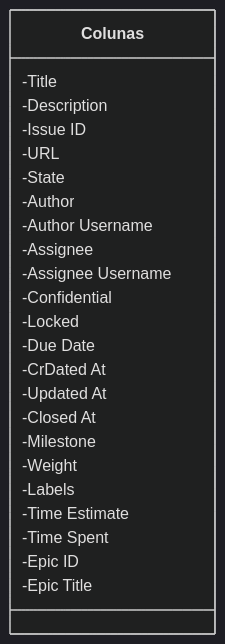
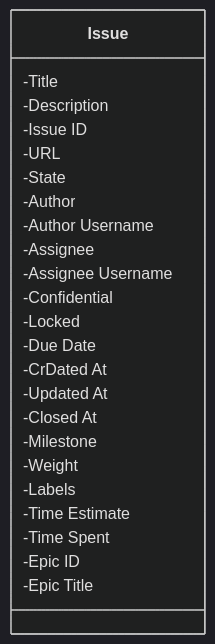
One commit to giseldo/neodataset changed the diagram in README.md. Above: the diagram before and after it, drawn with Mermaid (dark theme). The commit also changed other lines of this file, not shown here.

````diff
--- a/README.md
+++ b/README.md
@@ -29,27 +30,27 @@
    ```mermaid
    classDiagram
-       class Colunas{
+       class Issue {
         -Title
         -Description
         -Issue ID
         -URL
         -State
         -Author
         -Author Username
         -Assignee
         -Assignee Username
         -Confidential
         -Locked
         -Due Date
         -CrDated At
         -Updated At
         -Closed At
         -Milestone
         -Weight
         -Labels
         -Time Estimate
         -Time Spent
         -Epic ID
         -Epic Title
         }
    ```
````
